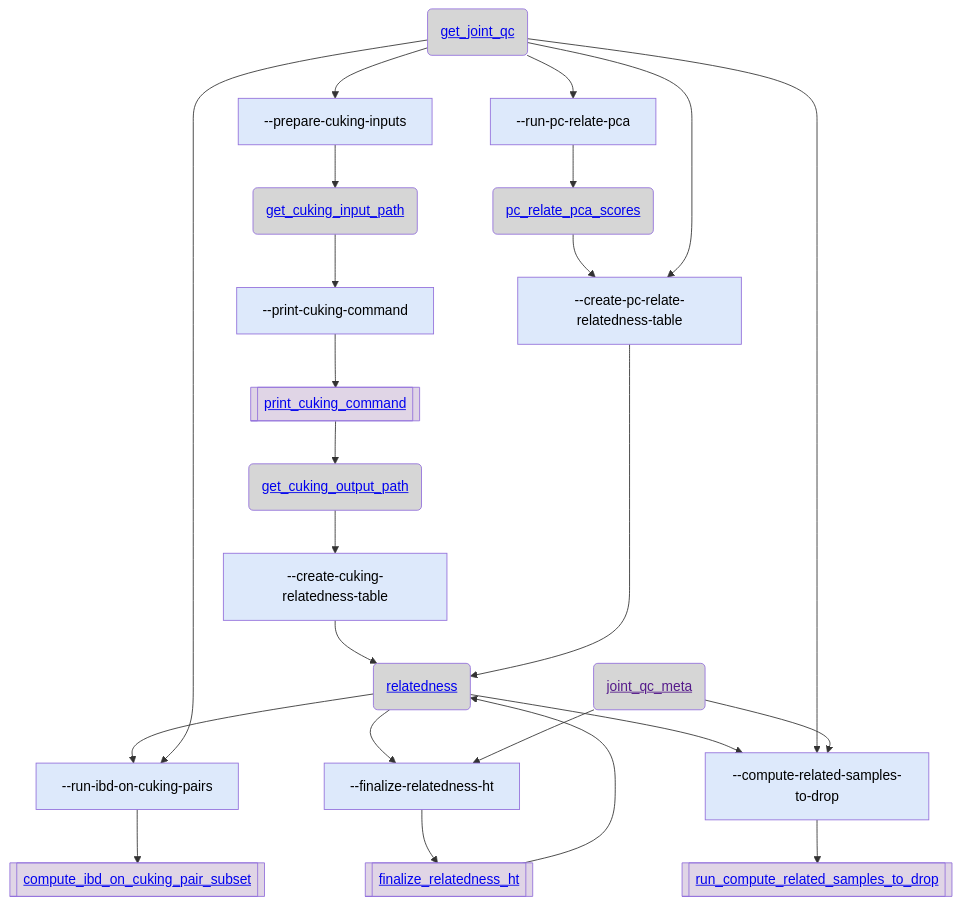
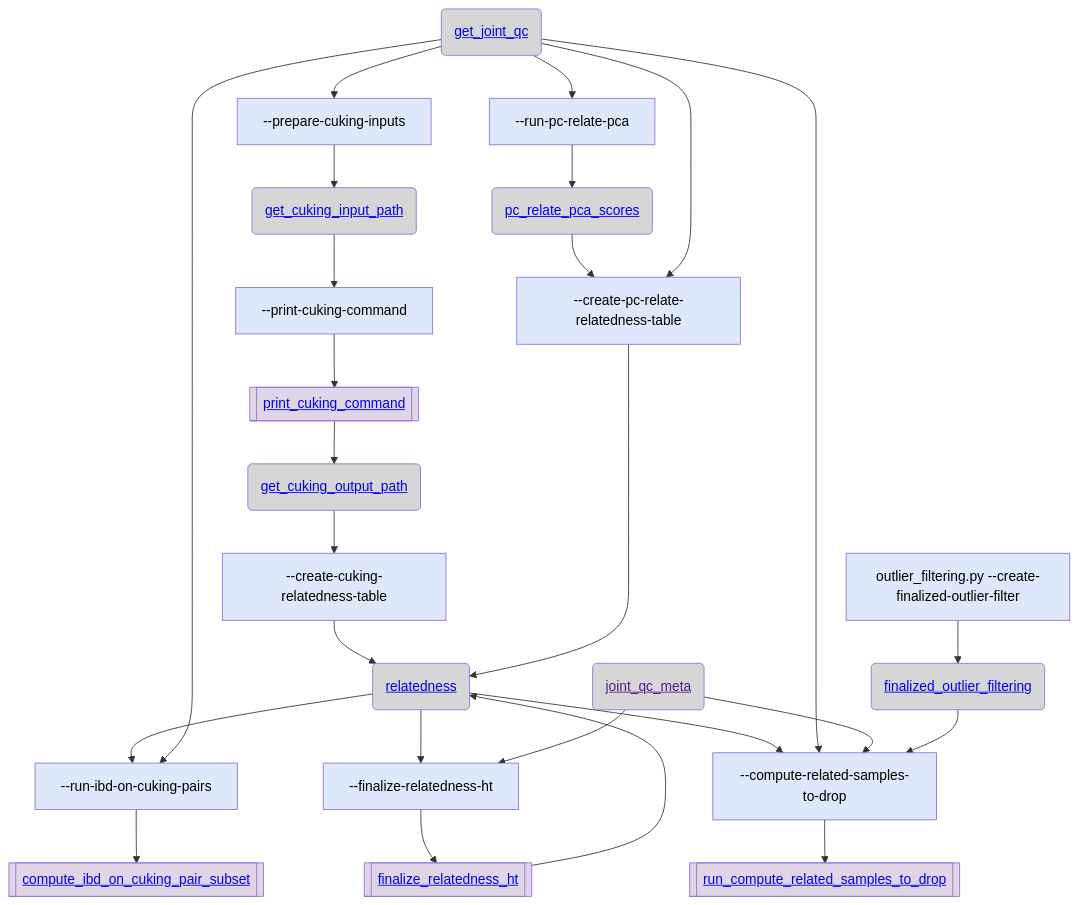
The second of 4 diagrams in gnomad_qc/v4/sample_qc/README.md (broadinstitute/gnomad_qc), drawn with Mermaid before and after one commit. The commit also changed other lines of this file and 3 other files, not shown here.

````diff
--- a/gnomad_qc/v4/sample_qc/README.md
+++ b/gnomad_qc/v4/sample_qc/README.md
@@ -92,50 +107,56 @@
 ```mermaid
 flowchart TB;
   classDef script_color fill:#2C5D4A,color:#000000
   classDef step_color fill:#DDE9FB,color:#000000
   classDef func_color fill:#E0D5E6,color:#000000
   classDef gnomad_methods_color fill:#F9F2CE,color:#000000
   classDef hail_color fill:#FAEACE,color:#000000
   classDef resource_color fill:#D6D6D6,color:#000000
   classDef validity_check_color fill:#2C5D4A,color:#000000
+
   resource_get_joint_qc("<a href='https://github.com/broadinstitute/gnomad_qc/tree/main/gnomad_qc/v4/resources/sample_qc.py#L388'>get_joint_qc</a>"):::resource_color;
   step_prepare_cuking_inputs["--prepare-cuking-inputs"]:::step_color;
   resource_get_cuking_input_path("<a href='https://github.com/broadinstitute/gnomad_qc/tree/main/gnomad_qc/v4/resources/sample_qc.py#L423'>get_cuking_input_path</a>"):::resource_color;
   step_print_cuking_command["--print-cuking-command"]:::step_color;
   func_print_cuking_command[["<a href='https://github.com/broadinstitute/gnomad_qc/tree/main/gnomad_qc/v4/sample_qc/relatedness.py#L46'>print_cuking_command</a>"]]:::func_color;
   resource_get_cuking_output_path("<a href='https://github.com/broadinstitute/gnomad_qc/tree/main/gnomad_qc/v4/resources/sample_qc.py#L439'>get_cuking_output_path</a>"):::resource_color;
   step_create_cuking_relatedness_table["--create-cuking-relatedness-table"]:::step_color;
   resource_relatedness("<a href='https://github.com/broadinstitute/gnomad_qc/tree/main/gnomad_qc/v4/resources/sample_qc.py#L473'>relatedness</a>"):::resource_color;
   step_run_ibd_on_cuking_pairs["--run-ibd-on-cuking-pairs"]:::step_color;
   func_compute_ibd_on_cuking_pair_subset[["<a href='https://github.com/broadinstitute/gnomad_qc/tree/main/gnomad_qc/v4/sample_qc/relatedness.py#L93'>compute_ibd_on_cuking_pair_subset</a>"]]:::func_color;
-  step_create_pc_relate_relatedness_table["--create-pc-relate-relatedness-table"]:::step_color;
   step_finalize_relatedness_ht["--finalize-relatedness-ht"]:::step_color;
   func_finalize_relatedness_ht[["<a href='https://github.com/broadinstitute/gnomad_qc/tree/main/gnomad_qc/v4/sample_qc/relatedness.py#L175'>finalize_relatedness_ht</a>"]]:::func_color;
   resource_joint_qc_meta("<a href=''>joint_qc_meta</a>"):::resource_color;
+  step_create_pc_relate_relatedness_table["--create-pc-relate-relatedness-table"]:::step_color;
   step_compute_related_samples_to_drop["--compute-related-samples-to-drop"]:::step_color;
   func_run_compute_related_samples_to_drop[["<a href='https://github.com/broadinstitute/gnomad_qc/tree/main/gnomad_qc/v4/sample_qc/relatedness.py#L315'>run_compute_related_samples_to_drop</a>"]]:::func_color;
+  step_create_finalized_outlier_filter["outlier_filtering.py --create-finalized-outlier-filter"]:::step_color;
+  resource_finalized_outlier_filtering("<a href='https://github.com/broadinstitute/gnomad_qc/tree/main/gnomad_qc/v4/resources/sample_qc.py#L874'>finalized_outlier_filtering</a>"):::resource_color;
   step_run_pc_relate_pca["--run-pc-relate-pca"]:::step_color;
-  resource_pc_relate_pca_scores("<a href='https://github.com/broadinstitute/gnomad_qc/tree/main/gnomad_qc/v4/resources/sample_qc.py#L455'>pc_relate_pca_scores</a>"):::resource_color;  resource_get_joint_qc --> step_prepare_cuking_inputs;
+  resource_pc_relate_pca_scores("<a href='https://github.com/broadinstitute/gnomad_qc/tree/main/gnomad_qc/v4/resources/sample_qc.py#L455'>pc_relate_pca_scores</a>"):::resource_color;
+  resource_get_joint_qc --> step_prepare_cuking_inputs;
   step_prepare_cuking_inputs --> resource_get_cuking_input_path;
   resource_get_cuking_input_path --> step_print_cuking_command;
   step_print_cuking_command --> func_print_cuking_command;
   func_print_cuking_command --> resource_get_cuking_output_path;
   resource_get_cuking_output_path --> step_create_cuking_relatedness_table;
   step_create_cuking_relatedness_table --> resource_relatedness;
   resource_relatedness --> step_run_ibd_on_cuking_pairs;
   step_run_ibd_on_cuking_pairs --> func_compute_ibd_on_cuking_pair_subset;
   resource_get_joint_qc --> step_run_ibd_on_cuking_pairs;
-  step_create_pc_relate_relatedness_table --> resource_relatedness;
   resource_relatedness --> step_finalize_relatedness_ht;
   step_finalize_relatedness_ht --> func_finalize_relatedness_ht;
   resource_joint_qc_meta --> step_finalize_relatedness_ht;
+  step_create_pc_relate_relatedness_table --> resource_relatedness;
   func_finalize_relatedness_ht --> resource_relatedness;
   resource_relatedness --> step_compute_related_samples_to_drop;
   step_compute_related_samples_to_drop --> func_run_compute_related_samples_to_drop;
   resource_get_joint_qc --> step_compute_related_samples_to_drop;
   resource_joint_qc_meta --> step_compute_related_samples_to_drop;
+  step_create_finalized_outlier_filter --> resource_finalized_outlier_filtering;
+  resource_finalized_outlier_filtering --> step_compute_related_samples_to_drop;
   resource_get_joint_qc --> step_run_pc_relate_pca;
   step_run_pc_relate_pca --> resource_pc_relate_pca_scores;
   resource_pc_relate_pca_scores --> step_create_pc_relate_relatedness_table;
   resource_get_joint_qc --> step_create_pc_relate_relatedness_table;
 ```
````
